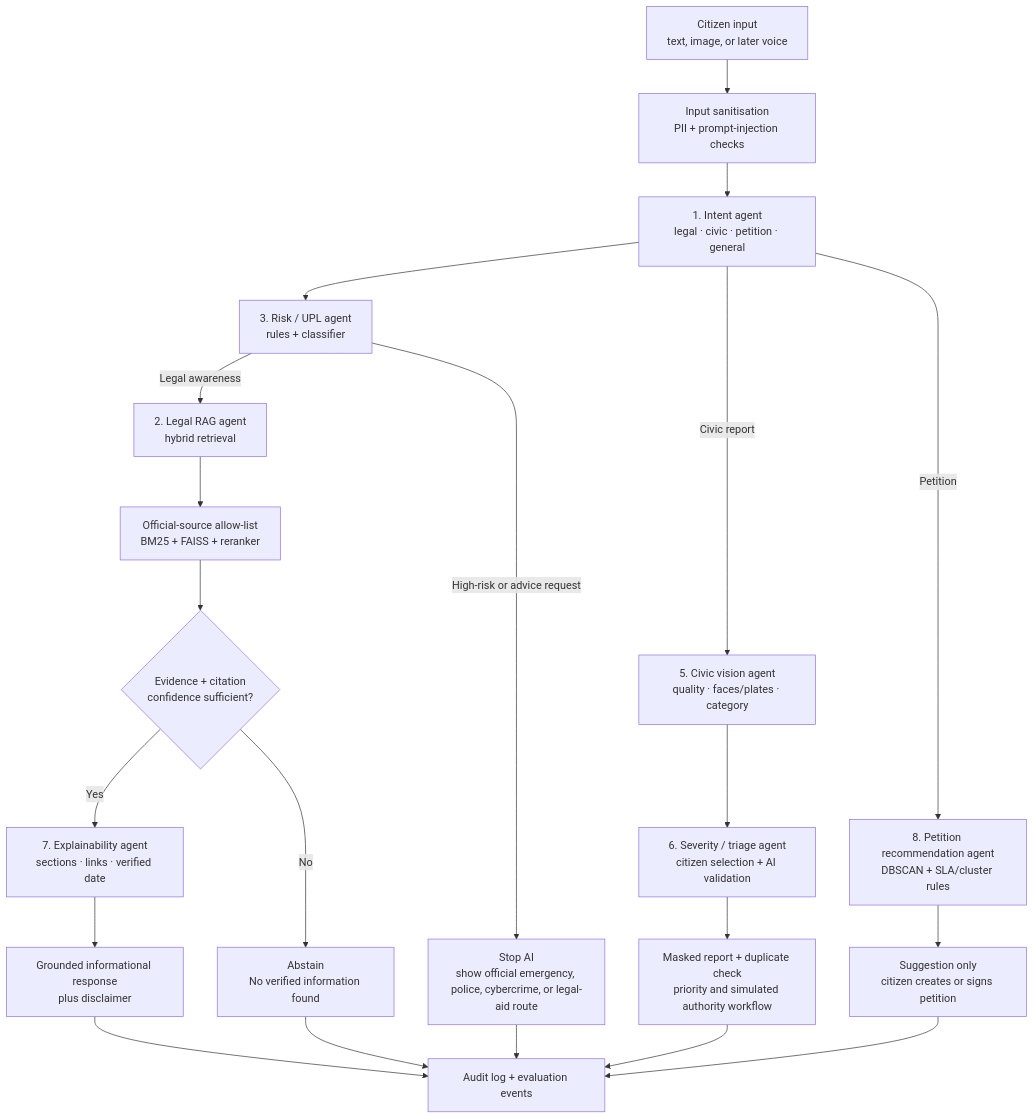
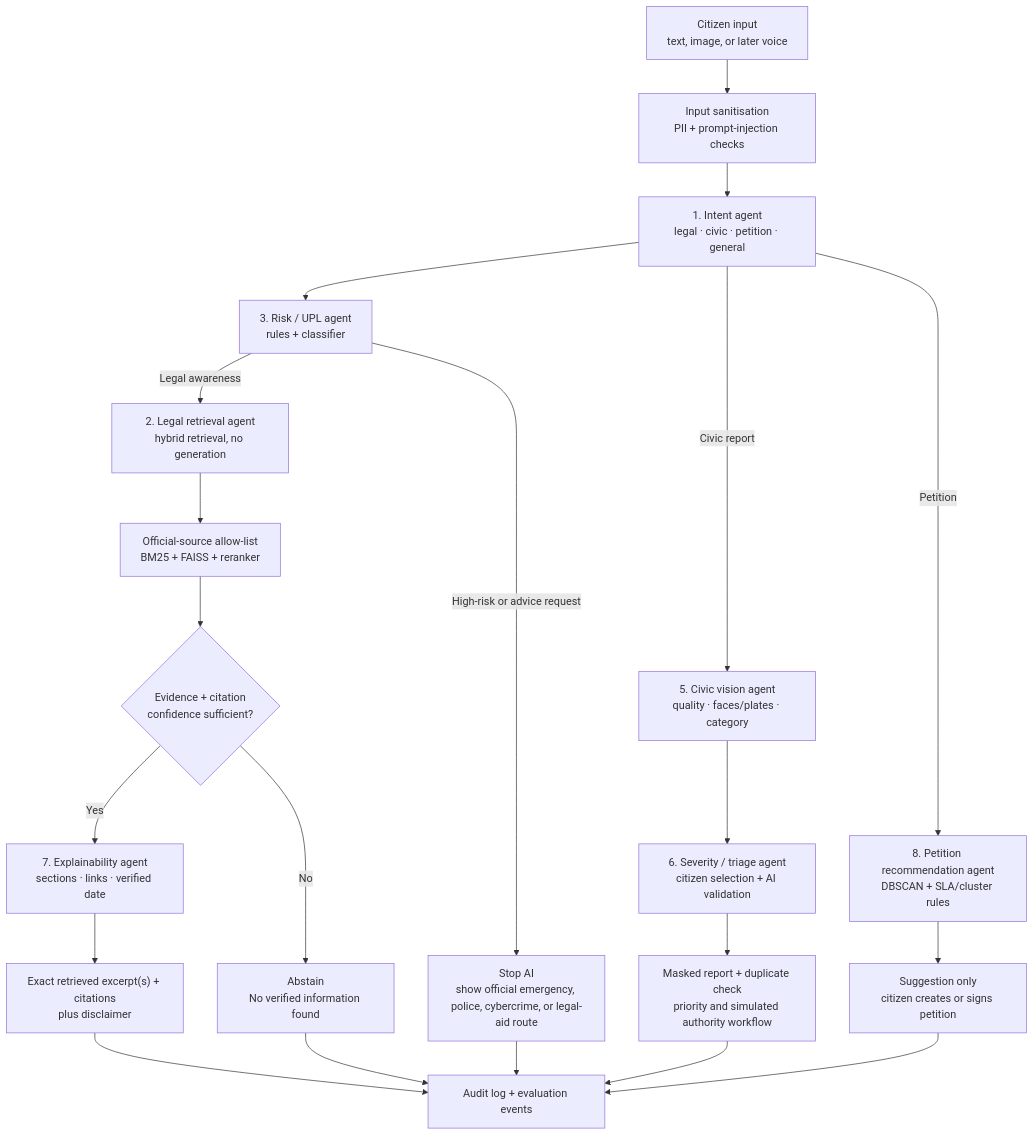
Before and after one commit to Solly2201/Capstone: the second of 4 diagrams in docs/ARCHITECTURE.md, drawn with Mermaid. The commit also changed other lines of this file and 20 other files, not shown here.

Commit message:
feat(ai): switch legal answers to pure retrieval

````diff
--- a/docs/ARCHITECTURE.md
+++ b/docs/ARCHITECTURE.md
@@ -18,23 +18,23 @@
 ```mermaid
 flowchart TD
   Input["Citizen input\ntext, image, or later voice"] --> Sanitize["Input sanitisation\nPII + prompt-injection checks"]
   Sanitize --> Intent["1. Intent agent\nlegal · civic · petition · general"]
   Intent --> Risk["3. Risk / UPL agent\nrules + classifier"]
   Risk -->|"High-risk or advice request"| Redirect["Stop AI\nshow official emergency, police, cybercrime, or legal-aid route"]
-  Risk -->|"Legal awareness"| Legal["2. Legal RAG agent\nhybrid retrieval"]
+  Risk -->|"Legal awareness"| Legal["2. Legal retrieval agent\nhybrid retrieval, no generation"]
   Legal --> Retrieve["Official-source allow-list\nBM25 + FAISS + reranker"]
   Retrieve --> Confidence{"Evidence + citation\nconfidence sufficient?"}
   Confidence -->|No| Abstain["Abstain\nNo verified information found"]
   Confidence -->|Yes| Explain["7. Explainability agent\nsections · links · verified date"]
-  Explain --> Output["Grounded informational response\nplus disclaimer"]
+  Explain --> Output["Exact retrieved excerpt(s) + citations\nplus disclaimer"]
   Intent -->|"Civic report"| Vision["5. Civic vision agent\nquality · faces/plates · category"]
   Vision --> Triage["6. Severity / triage agent\ncitizen selection + AI validation"]
   Triage --> CivicOutput["Masked report + duplicate check\npriority and simulated authority workflow"]
   Intent -->|"Petition"| Petition["8. Petition recommendation agent\nDBSCAN + SLA/cluster rules"]
   Petition --> PetitionOutput["Suggestion only\ncitizen creates or signs petition"]
   Output --> Audit["Audit log + evaluation events"]
   Abstain --> Audit
   Redirect --> Audit
   CivicOutput --> Audit
   PetitionOutput --> Audit
 ```
````
